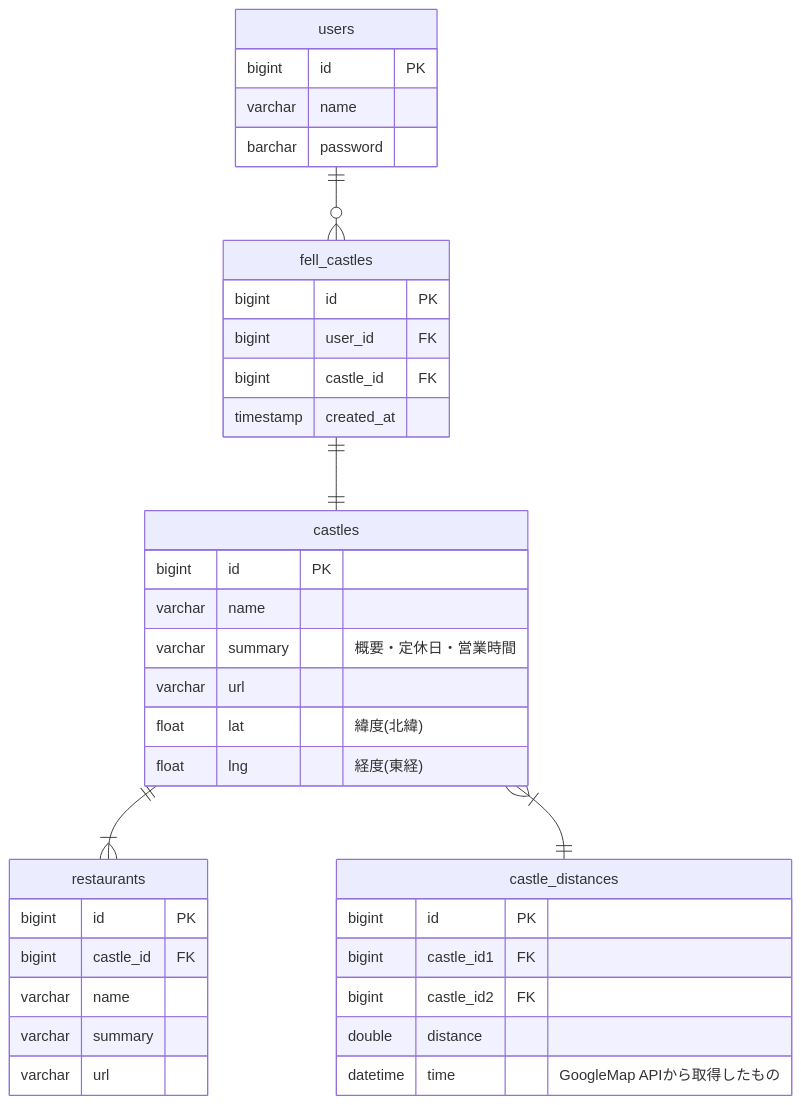
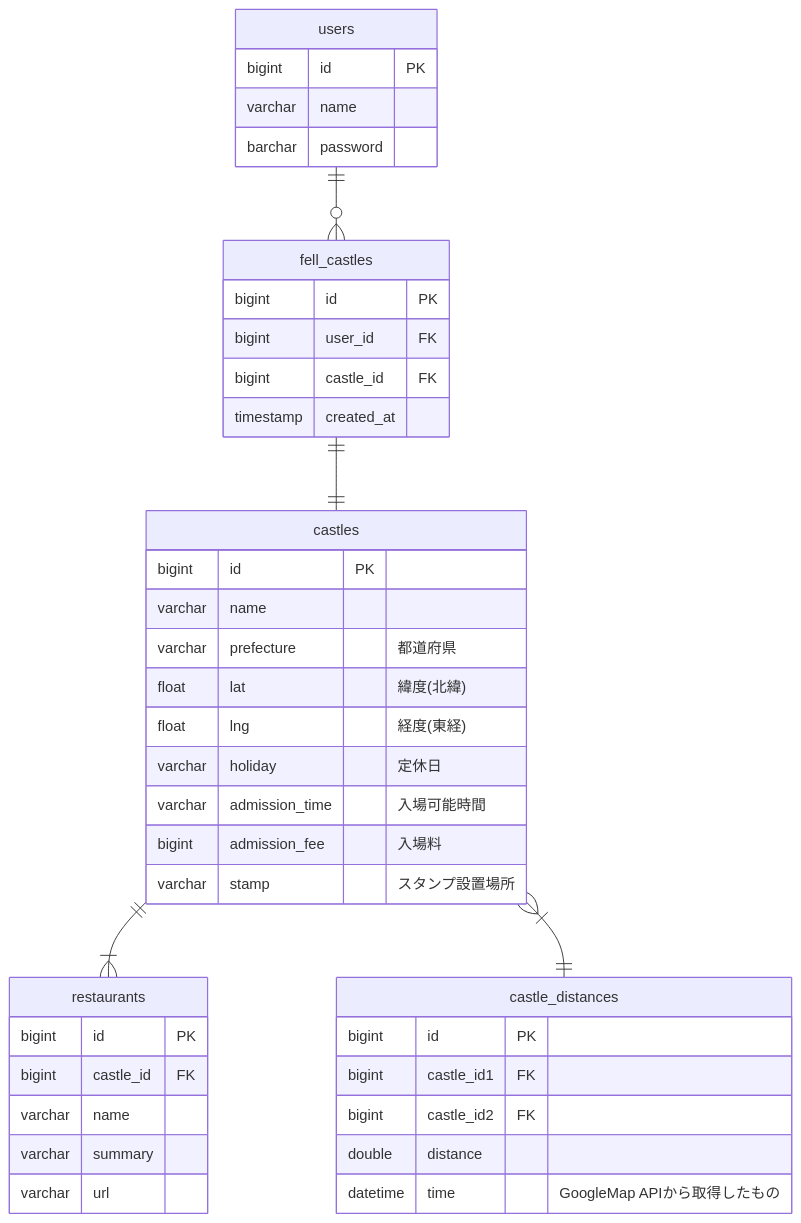
The diagram in backend/README.md (ynori123/al_castle), drawn with Mermaid before and after one commit. The commit also changed other lines of this file, not shown here.

````diff
--- a/backend/README.md
+++ b/backend/README.md
@@ -3,41 +3,44 @@
 ```mermaid
 erDiagram
 castles ||--|{ restaurants : ""
 users ||--o{ fell_castles : ""
 fell_castles ||--|| castles : ""
 castles }|--|| castle_distances : ""
 
 users{
     bigint id PK
     varchar name 
     barchar password 
 }
 fell_castles{
     bigint id PK
     bigint user_id FK
     bigint castle_id FK
     timestamp created_at
 }
 castles {
     bigint id PK
     varchar name
-    varchar summary "概要・定休日・営業時間"
-    varchar url 
+    varchar prefecture "都道府県"
     float lat "緯度(北緯)"
     float lng "経度(東経)"
+    varchar holiday "定休日"
+    varchar admission_time "入場可能時間"
+    bigint admission_fee "入場料"
+    varchar stamp "スタンプ設置場所"    
 }
 restaurants { 
     bigint id PK
     bigint castle_id FK 
     varchar name
     varchar summary
     varchar url 
 }
 castle_distances {
     bigint id PK
     bigint castle_id1 FK
     bigint castle_id2 FK
     double distance 
     datetime time "GoogleMap APIから取得したもの"
 }
 ```
````
